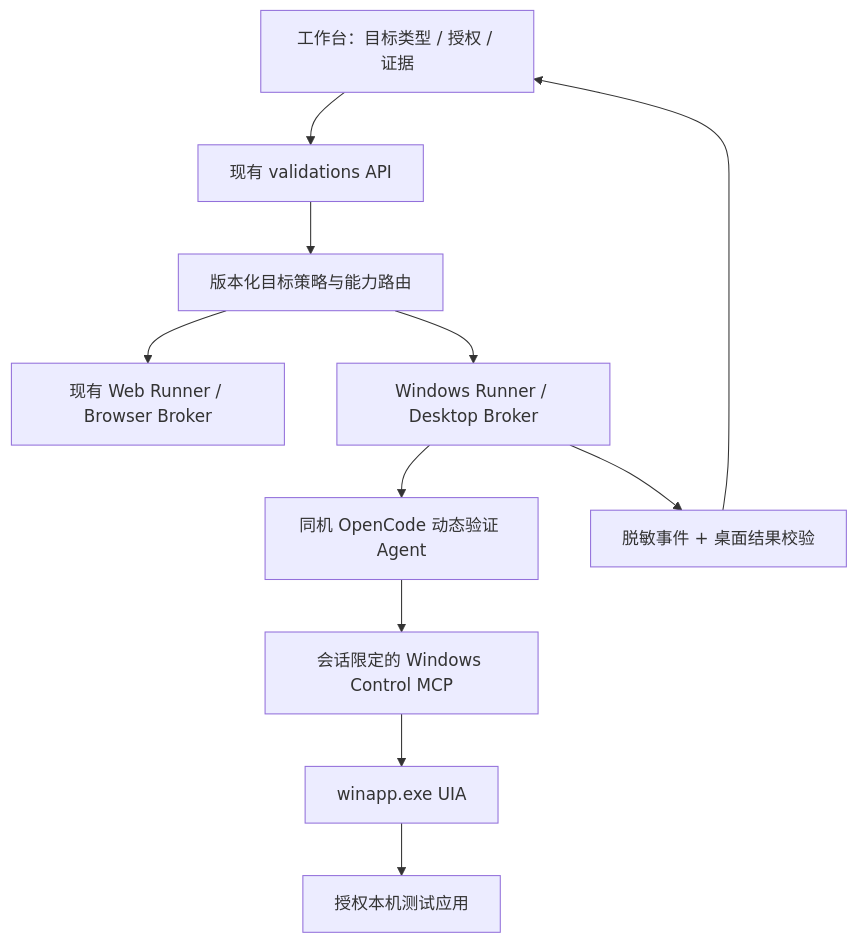
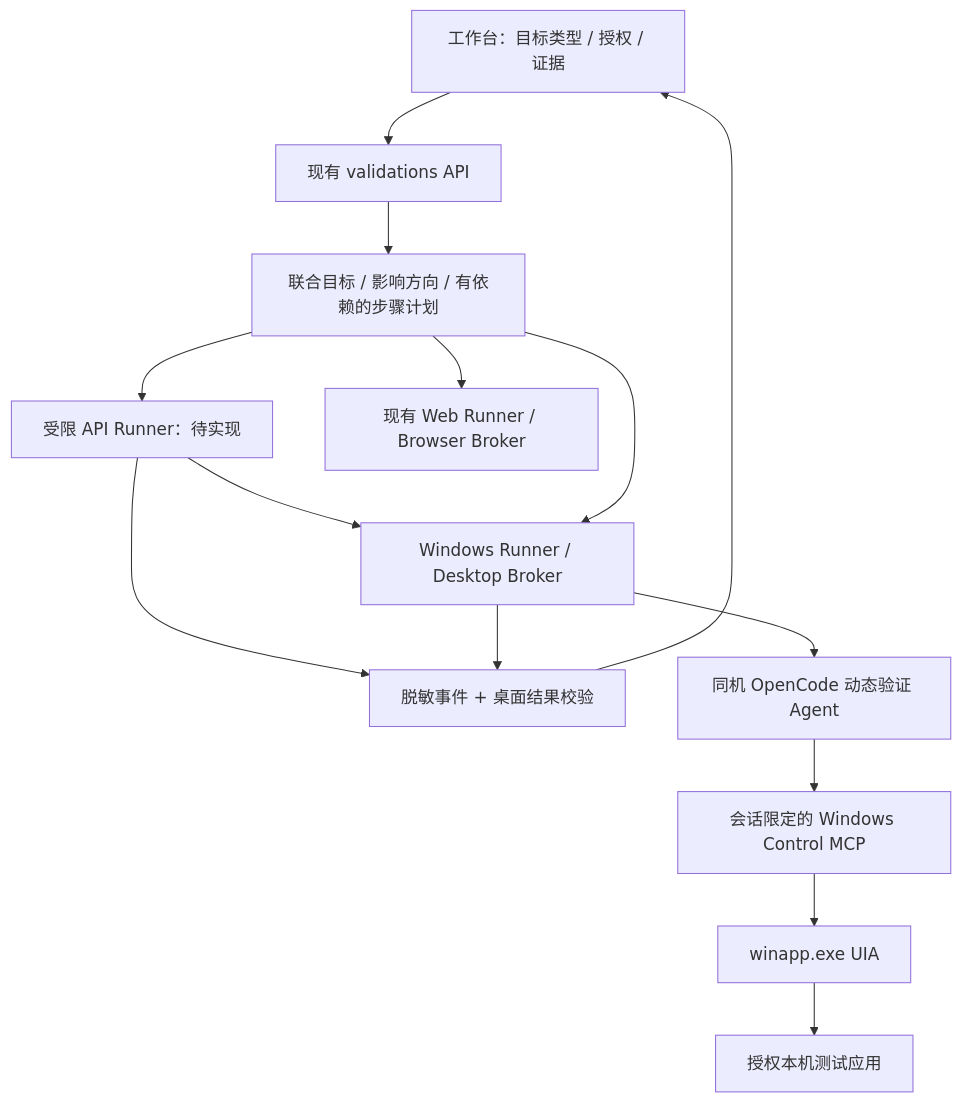
Before and after one commit to ST4RF4LL/opencode_multi_agents: the diagram in docs/windows-dynamic-validation-platform-design.md, drawn with Mermaid. The commit also changed other lines of this file and 67 other files, not shown here.

````diff
--- a/docs/windows-dynamic-validation-platform-design.md
+++ b/docs/windows-dynamic-validation-platform-design.md
@@ -20,13 +22,16 @@
 ```mermaid
 flowchart TD
   UI[工作台：目标类型 / 授权 / 证据] --> API[现有 validations API]
-  API --> P[版本化目标策略与能力路由]
+  API --> P[联合目标 / 影响方向 / 有依赖的步骤计划]
+  P --> AR[受限 API Runner：待实现]
+  AR --> DR
+  AR --> LOG
   P --> WR[现有 Web Runner / Browser Broker]
   P --> DR[Windows Runner / Desktop Broker]
   DR --> OC[同机 OpenCode 动态验证 Agent]
   OC --> MCP[会话限定的 Windows Control MCP]
   MCP --> CLI[winapp.exe UIA]
   CLI --> APP[授权本机测试应用]
   DR --> LOG[脱敏事件 + 桌面结果校验]
   LOG --> UI
 ```
````
